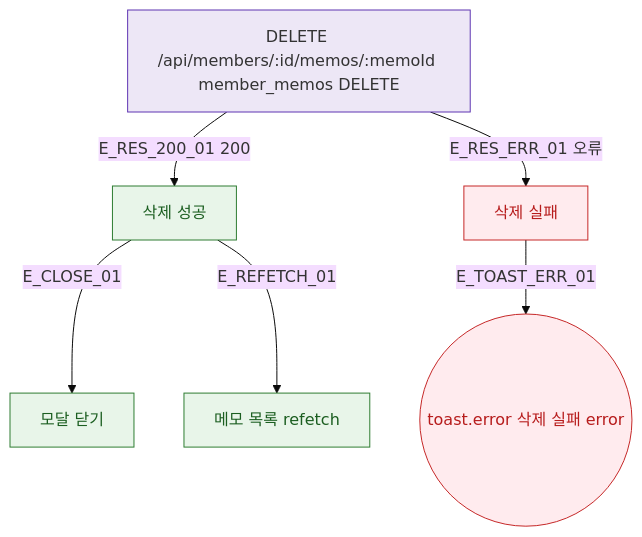
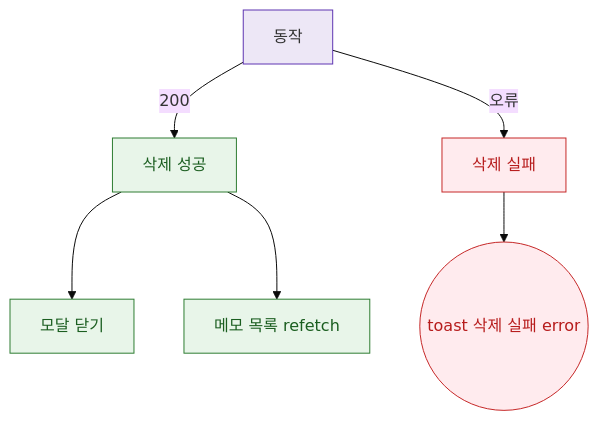
The diagram in docs/다이어그램/D02_회원관리/DLG/DLG-M010_메모삭제/M3_결과분기.md (dev-spogym/admin-pando), drawn with Mermaid (base theme) before and after one commit. The commit also changed other lines of this file and 1660 other files, not shown here.

First line of the commit message:
다이어그램: 기획자/클라이언트 납품본으로 정리

````diff
--- a/docs/다이어그램/D02_회원관리/DLG/DLG-M010_메모삭제/M3_결과분기.md
+++ b/docs/다이어그램/D02_회원관리/DLG/DLG-M010_메모삭제/M3_결과분기.md
@@ -22,20 +20,20 @@
 ```mermaid
 flowchart TD
-  API[DELETE /api/members/:id/memos/:memoId member_memos DELETE]
+  API[동작]
 
-  API -->|E_RES_200_01 200| SUCCESS[삭제 성공]
-  API -->|E_RES_ERR_01 오류| FAIL[삭제 실패]
+  API -->|200|SUCCESS[삭제 성공]
+  API -->|오류|FAIL[삭제 실패]
 
-  SUCCESS -->|E_CLOSE_01| CLOSE[모달 닫기]
-  SUCCESS -->|E_REFETCH_01| REFETCH[메모 목록 refetch]
+  SUCCESS --> CLOSE[모달 닫기]
+  SUCCESS --> REFETCH[메모 목록 refetch]
 
-  FAIL -->|E_TOAST_ERR_01| TOAST_ERR((toast.error 삭제 실패 error))
+  FAIL --> TOAST_ERR((toast 삭제 실패 error))
 
   classDef success fill:#E8F5E9,stroke:#2E7D32,color:#1B5E20
-  classDef error   fill:#FFEBEE,stroke:#C62828,color:#B71C1C
-  classDef system  fill:#EDE7F6,stroke:#5E35B2
+  classDef error fill:#FFEBEE,stroke:#C62828,color:#B71C1C
+  classDef system fill:#EDE7F6,stroke:#5E35B2
 
   class SUCCESS,CLOSE,REFETCH success
   class FAIL,TOAST_ERR error
   class API system
 ```
````
